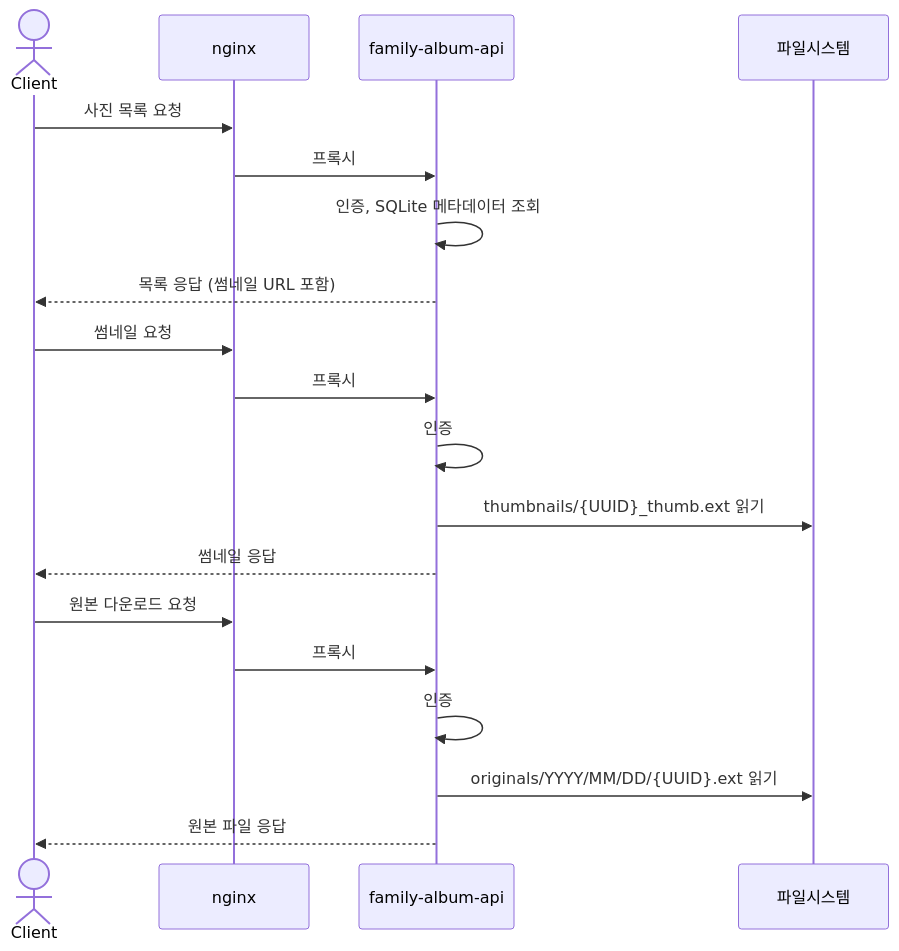
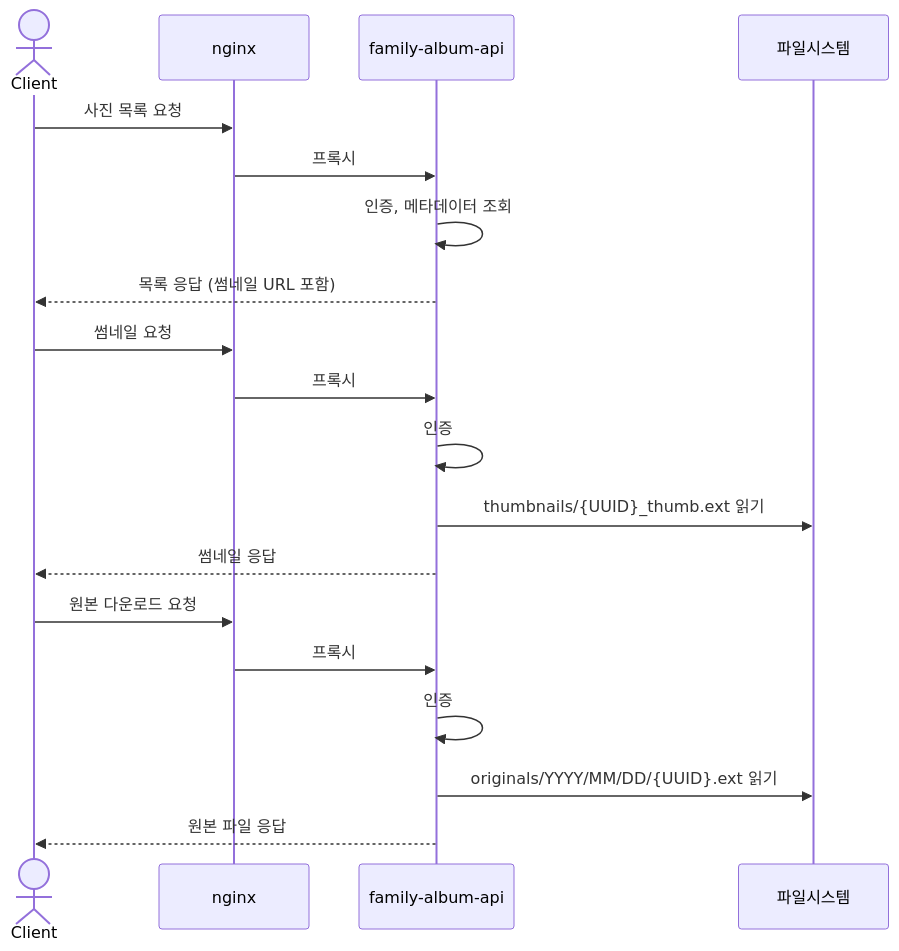
One commit to kass1693/family-archive-appliance changed the third of 6 diagrams in docs/architecture/system/overview.md. Above: the diagram before and after it, drawn with Mermaid. The commit also changed other lines of this file and 3 other files, not shown here.

````diff
--- a/docs/architecture/system/overview.md
+++ b/docs/architecture/system/overview.md
@@ -351,24 +350,24 @@
 ```mermaid
 sequenceDiagram
     actor Client
     participant nginx
     participant api as family-album-api
     participant fs as 파일시스템
 
     Client->>nginx: 사진 목록 요청
     nginx->>api: 프록시
-    api->>api: 인증, SQLite 메타데이터 조회
+    api->>api: 인증, 메타데이터 조회
     api-->>Client: 목록 응답 (썸네일 URL 포함)
 
     Client->>nginx: 썸네일 요청
     nginx->>api: 프록시
     api->>api: 인증
     api->>fs: thumbnails/{UUID}_thumb.ext 읽기
     api-->>Client: 썸네일 응답
 
     Client->>nginx: 원본 다운로드 요청
     nginx->>api: 프록시
     api->>api: 인증
     api->>fs: originals/YYYY/MM/DD/{UUID}.ext 읽기
     api-->>Client: 원본 파일 응답
 ```
````
